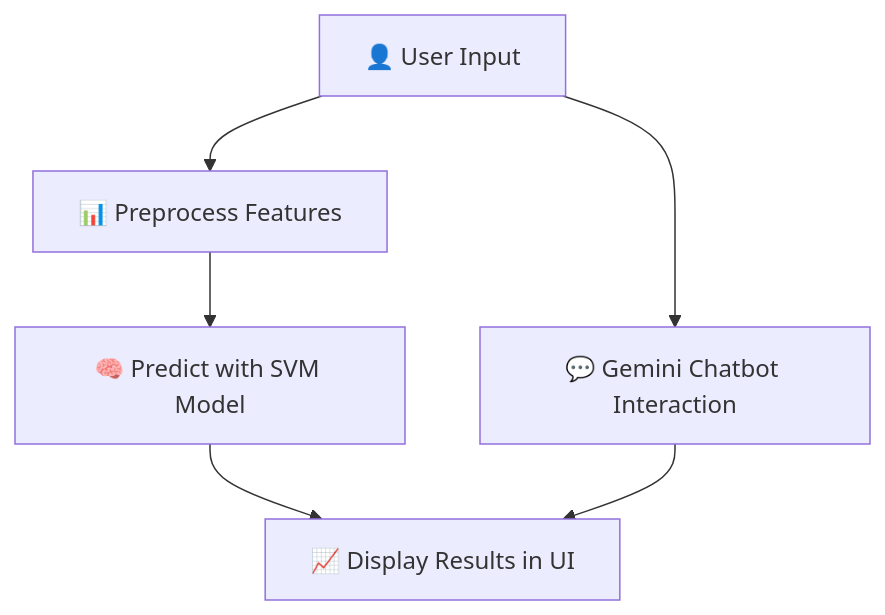
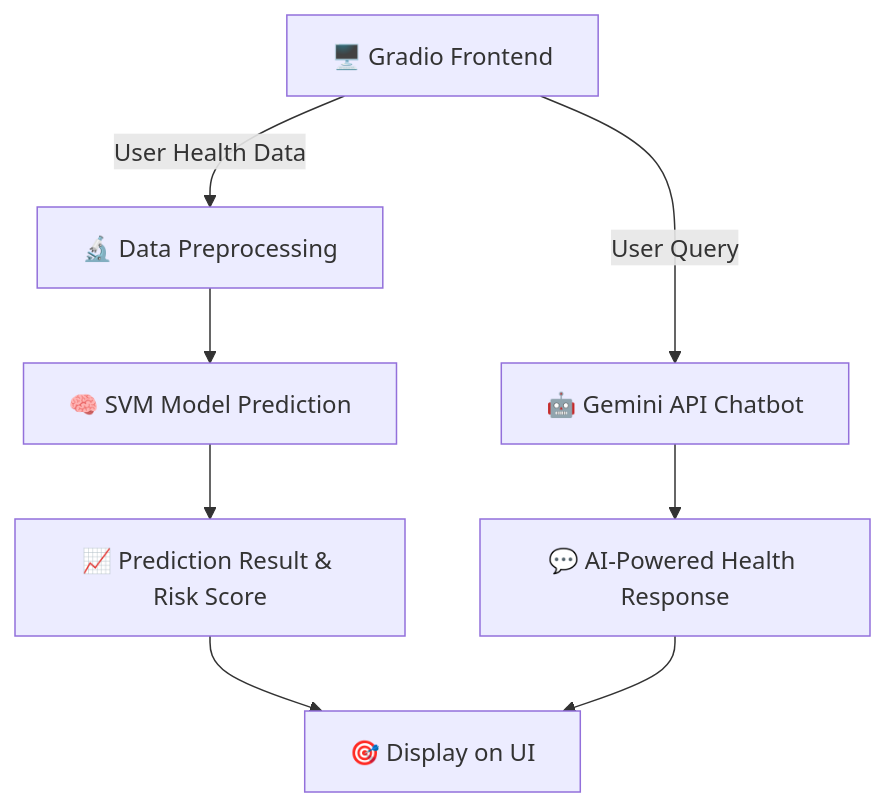
One commit to whisplnspace/DiaAi2.0 changed the diagram in README.md. Above: the diagram before and after it, drawn with Mermaid. The commit also changed other lines of this file, not shown here.

````diff
--- a/README.md
+++ b/README.md
@@ -131,8 +132,10 @@
 ```mermaid
 graph TD
-    A[👤 User Input] --> B[📊 Preprocess Features]
-    B --> C[🧠 Predict with SVM Model]
-    C --> D[📈 Display Results in UI]
-    A --> E[💬 Gemini Chatbot Interaction]
-    E --> D
+  UI[🖥️ Gradio Frontend] -->|User Health Data| Preprocessing[🔬 Data Preprocessing]
+  Preprocessing --> Model[🧠 SVM Model Prediction]
+  Model --> Results[📈 Prediction Result & Risk Score]
+  UI -->|User Query| Gemini[🤖 Gemini API Chatbot]
+  Gemini --> ChatResponse[💬 AI-Powered Health Response]
+  Results --> Display[🎯 Display on UI]
+  ChatResponse --> Display
 ```
````
